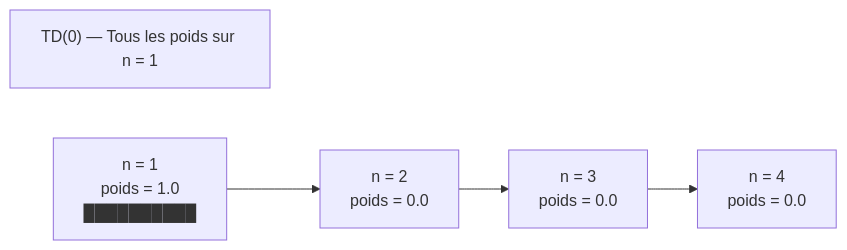
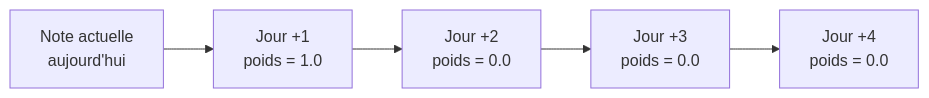
One commit to haythem-rehouma/G1266 changed the first of 4 diagrams in 02-apprentissage-par-renforcement/P16-Pratique 2 de révision du deuxieme quart du cours/PRATIQUE9/01.md. Above: the diagram before and after it, drawn with Mermaid. The commit also changed other lines of this file, not shown here.

````diff
--- a/02-apprentissage-par-renforcement/P16-Pratique 2 de révision du deuxieme quart du cours/PRATIQUE9/01.md
+++ b/02-apprentissage-par-renforcement/P16-Pratique 2 de révision du deuxieme quart du cours/PRATIQUE9/01.md
@@ -41,11 +29,7 @@
 ```mermaid
 flowchart LR
-    title["TD(0) — Tous les poids sur n = 1"]
-
-    n1["n = 1\npoids = 1.0\n██████████"]
-    n2["n = 2\npoids = 0.0\n"]
-    n3["n = 3\npoids = 0.0\n"]
-    n4["n = 4\npoids = 0.0\n"]
-
-    n1 --> n2 --> n3 --> n4
+    A[Note actuelle<br/>aujourd'hui] --> J1[Jour +1<br/>poids = 1.0]
+    J1 --> J2[Jour +2<br/>poids = 0.0]
+    J2 --> J3[Jour +3<br/>poids = 0.0]
+    J3 --> J4[Jour +4<br/>poids = 0.0]
 ```
````
